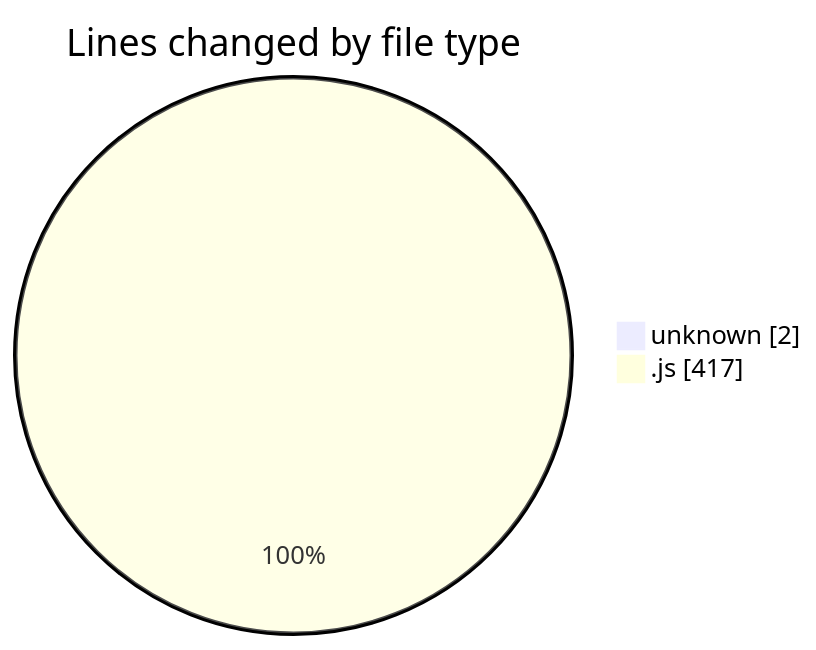
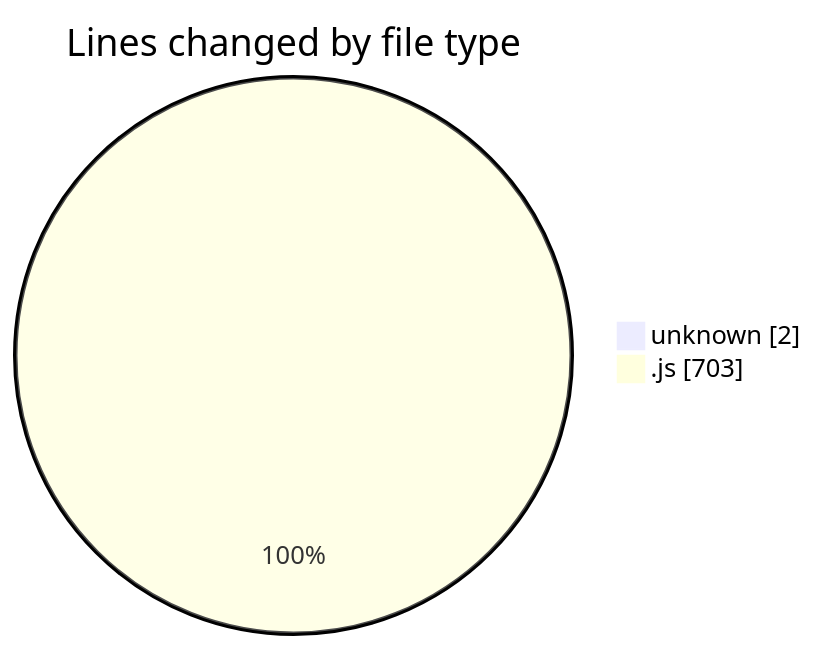
One commit to nxtqubesakshisongat/code-tracking changed the first of 2 diagrams in 2026-04-26/calcapp/README.md. Above: the diagram before and after it, drawn with Mermaid. The commit also changed other lines of this file and 1 other file, not shown here.

````diff
--- a/2026-04-26/calcapp/README.md
+++ b/2026-04-26/calcapp/README.md
@@ -23,6 +24,6 @@
 ```mermaid
 pie showData
 title Lines changed by file type
 "unknown" : 2
-".js" : 417
+".js" : 703
 ```
````
